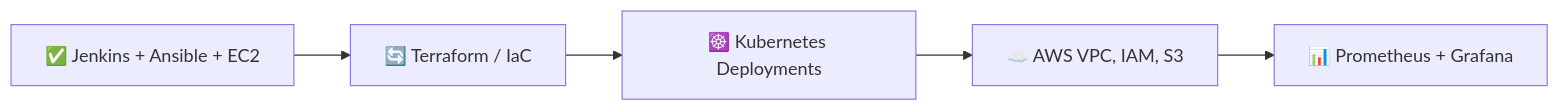
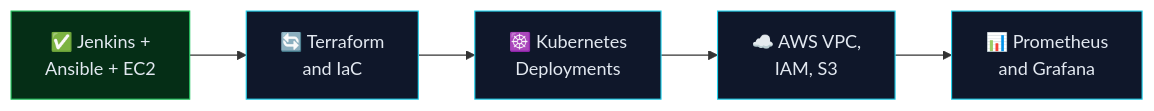
One commit to PushpenderKumar7505/PushpenderKumar7505 changed the sixth of 6 diagrams in README.md. Above: the diagram before and after it, drawn with Mermaid. The commit also changed other lines of this file, not shown here.

````diff
--- a/README.md
+++ b/README.md
@@ -195,4 +369,9 @@
 ```mermaid
 flowchart LR
-    A["✅ Jenkins + Ansible + EC2"] --> B["🔄 Terraform / IaC"] --> C["☸️ Kubernetes Deployments"] --> D["☁️ AWS VPC, IAM, S3"] --> E["📊 Prometheus + Grafana"]
+    A["✅ Jenkins +<br/>Ansible + EC2"] --> B["🔄 Terraform<br/>and IaC"] --> C["☸️ Kubernetes<br/>Deployments"] --> D["☁️ AWS VPC,<br/>IAM, S3"] --> E["📊 Prometheus<br/>and Grafana"]
+
+    classDef done fill:#052e16,stroke:#22c55e,color:#e2e8f0
+    classDef next fill:#0f172a,stroke:#22d3ee,color:#e2e8f0
+    class A done
+    class B,C,D,E next
 ```
````
